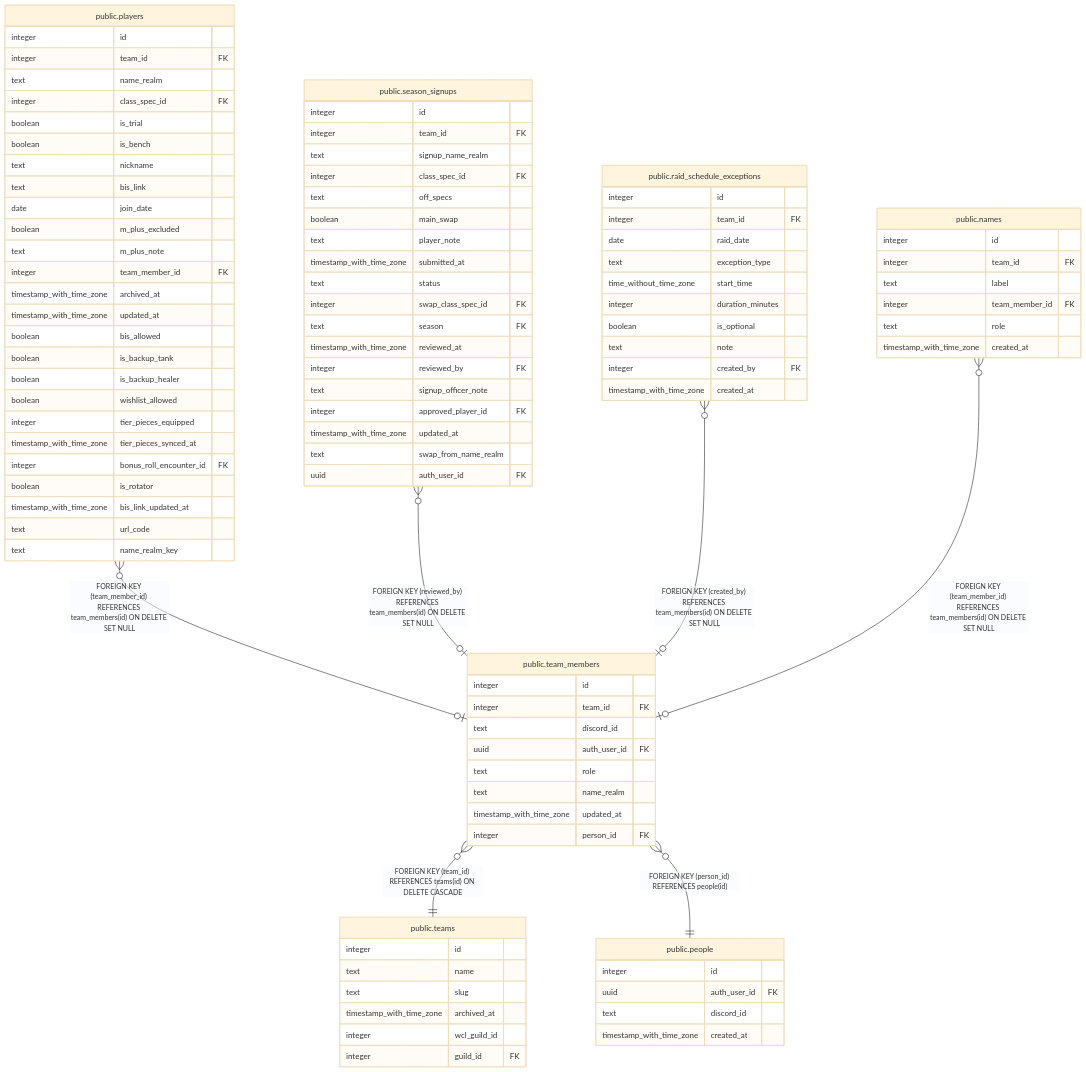
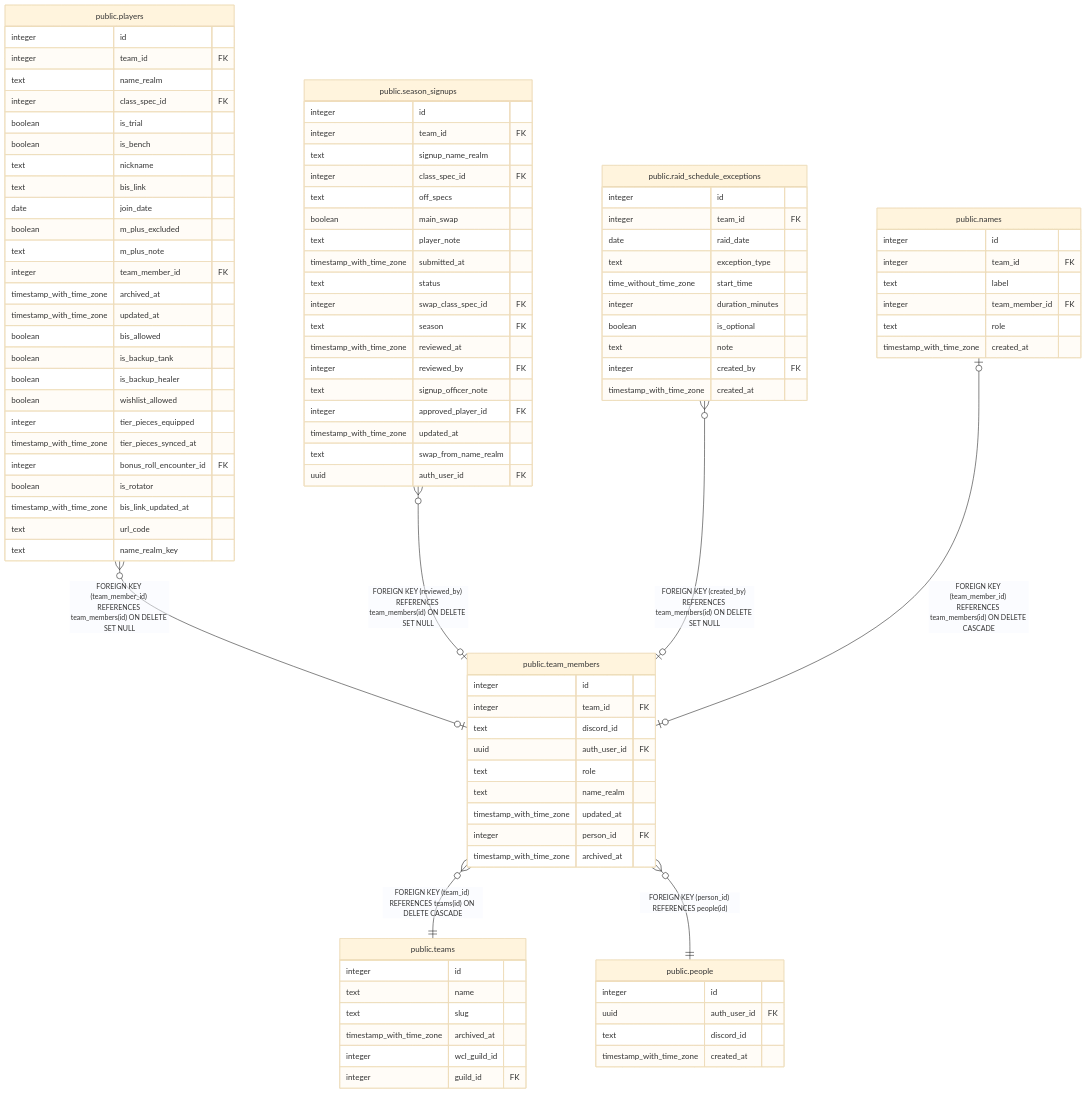
The diagram in dbdoc/public.team_members.md (katogaming88/WGA-Raid-Hub), drawn with Mermaid (base theme) before and after one commit. The commit also changed other lines of this file and 29 other files, not shown here.

```diff
--- a/dbdoc/public.team_members.md
+++ b/dbdoc/public.team_members.md
@@ -49,7 +50,7 @@
 "public.players" }o--o| "public.team_members" : "FOREIGN KEY (team_member_id) REFERENCES team_members(id) ON DELETE SET NULL"
 "public.season_signups" }o--o| "public.team_members" : "FOREIGN KEY (reviewed_by) REFERENCES team_members(id) ON DELETE SET NULL"
 "public.raid_schedule_exceptions" }o--o| "public.team_members" : "FOREIGN KEY (created_by) REFERENCES team_members(id) ON DELETE SET NULL"
-"public.names" }o--o| "public.team_members" : "FOREIGN KEY (team_member_id) REFERENCES team_members(id) ON DELETE SET NULL"
+"public.names" |o--o| "public.team_members" : "FOREIGN KEY (team_member_id) REFERENCES team_members(id) ON DELETE CASCADE"
 "public.team_members" }o--|| "public.teams" : "FOREIGN KEY (team_id) REFERENCES teams(id) ON DELETE CASCADE"
 "public.team_members" }o--|| "public.people" : "FOREIGN KEY (person_id) REFERENCES people(id)"
 
@@ -62,6 +63,7 @@
   text name_realm
   timestamp_with_time_zone updated_at
   integer person_id FK
+  timestamp_with_time_zone archived_at
 }
 "public.players" {
   integer id
```
